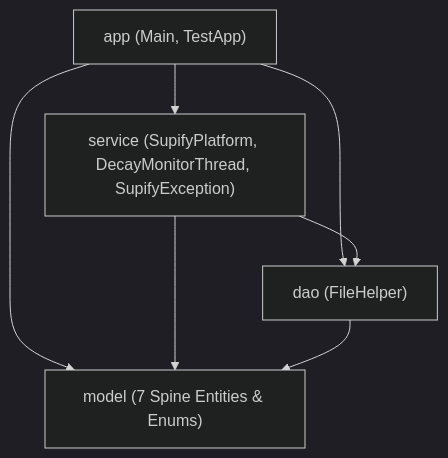
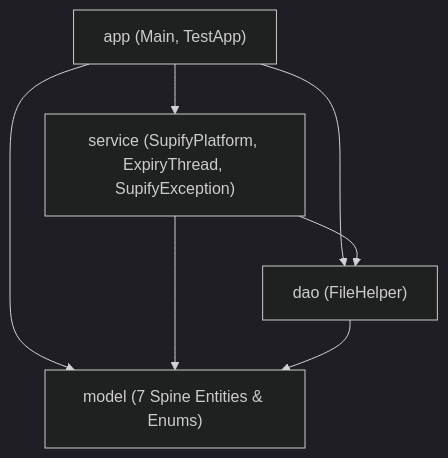
Before and after one commit to tanish19078/supify: the first of 2 diagrams in docs/backend-architecture.md, drawn with Mermaid (dark theme). The commit also changed other lines of this file and 8 other files, not shown here.

Commit message:
Rename DecayMonitorThread to ExpiryThread

````diff
--- a/docs/backend-architecture.md
+++ b/docs/backend-architecture.md
@@ -9,10 +9,10 @@
 ```mermaid
 flowchart TD
-    APP["app (Main, TestApp)"] --> SVC["service (SupifyPlatform, DecayMonitorThread, SupifyException)"]
+    APP["app (Main, TestApp)"] --> SVC["service (SupifyPlatform, ExpiryThread, SupifyException)"]
     APP --> DAO["dao (FileHelper)"]
     APP --> MODEL["model (7 Spine Entities & Enums)"]
 
     SVC --> DAO
     SVC --> MODEL
     DAO --> MODEL
 ```
````
